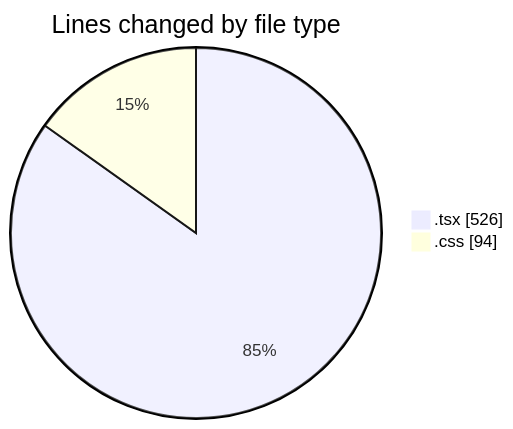
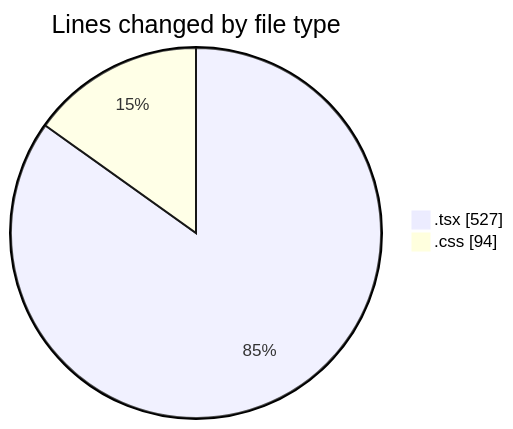
The first of 2 diagrams in 2025-02-07/portofolio/README.md (donsfak/code-tracking), drawn with Mermaid before and after one commit. The commit also changed other lines of this file and 1 other file, not shown here.

````diff
--- a/2025-02-07/portofolio/README.md
+++ b/2025-02-07/portofolio/README.md
@@ -21,6 +21,6 @@
 ```mermaid
 pie showData
 title Lines changed by file type
-".tsx" : 526
+".tsx" : 527
 ".css" : 94
 ```
````
